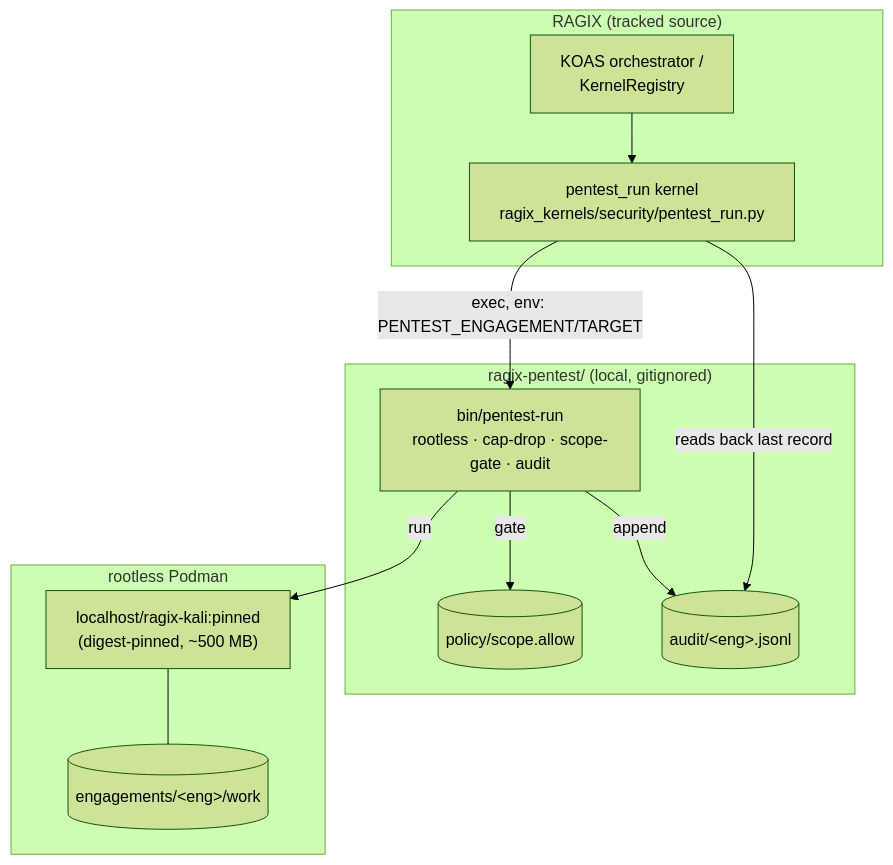
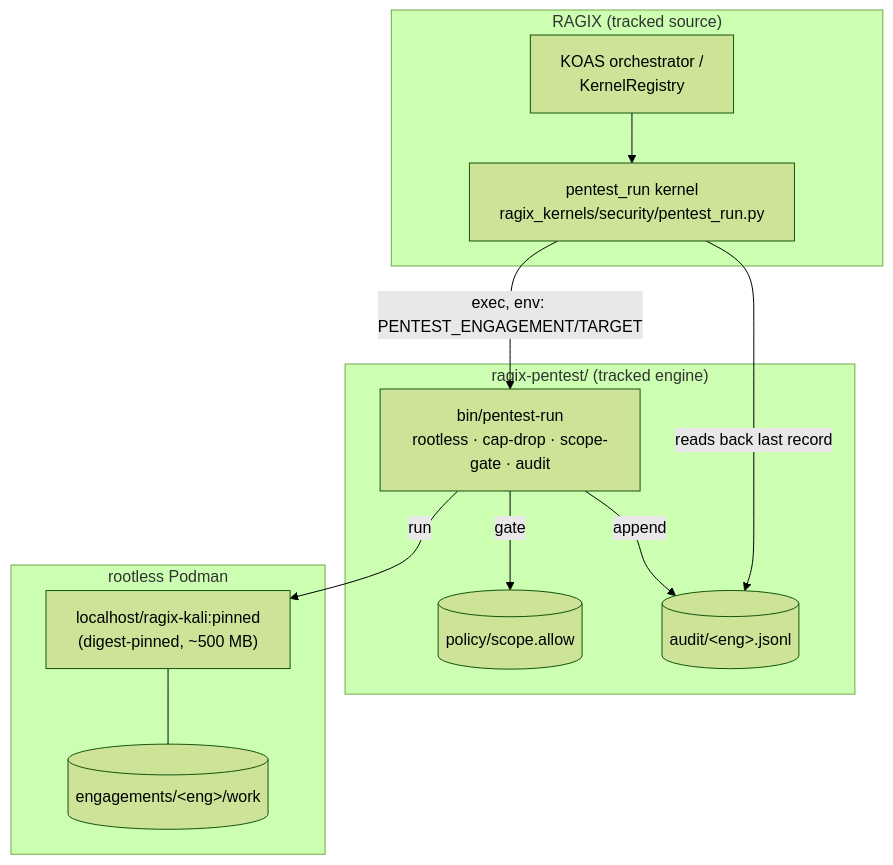
One commit to ovitrac/RAGIX changed the diagram in docs/security/PENTEST_CONTAINER_GUIDE.md. Above: the diagram before and after it, drawn with Mermaid (forest theme). The commit also changed other lines of this file, not shown here.

First line of the commit message:
docs(security): the pentest engine is tracked; its engagement data is not

````diff
--- a/docs/security/PENTEST_CONTAINER_GUIDE.md
+++ b/docs/security/PENTEST_CONTAINER_GUIDE.md
@@ -44,23 +44,23 @@
 ```mermaid
 graph TB
     subgraph RAGIX["RAGIX (tracked source)"]
         ORC["KOAS orchestrator /<br/>KernelRegistry"]
         K["pentest_run kernel<br/>ragix_kernels/security/pentest_run.py"]
     end
-    subgraph TOOL["ragix-pentest/ (local, gitignored)"]
+    subgraph TOOL["ragix-pentest/ (tracked engine)"]
         W["bin/pentest-run<br/>rootless · cap-drop · scope-gate · audit"]
         SC[("policy/scope.allow")]
         AU[("audit/&lt;eng&gt;.jsonl")]
     end
     subgraph CON["rootless Podman"]
         IMG["localhost/ragix-kali:pinned<br/>(digest-pinned, ~500 MB)"]
         WS[("engagements/&lt;eng&gt;/work")]
     end
     ORC --> K
     K -->|"exec, env: PENTEST_ENGAGEMENT/TARGET"| W
     W -->|gate| SC
     W -->|run| IMG
     IMG --- WS
     W -->|append| AU
     K -->|"reads back last record"| AU
 ```
````
